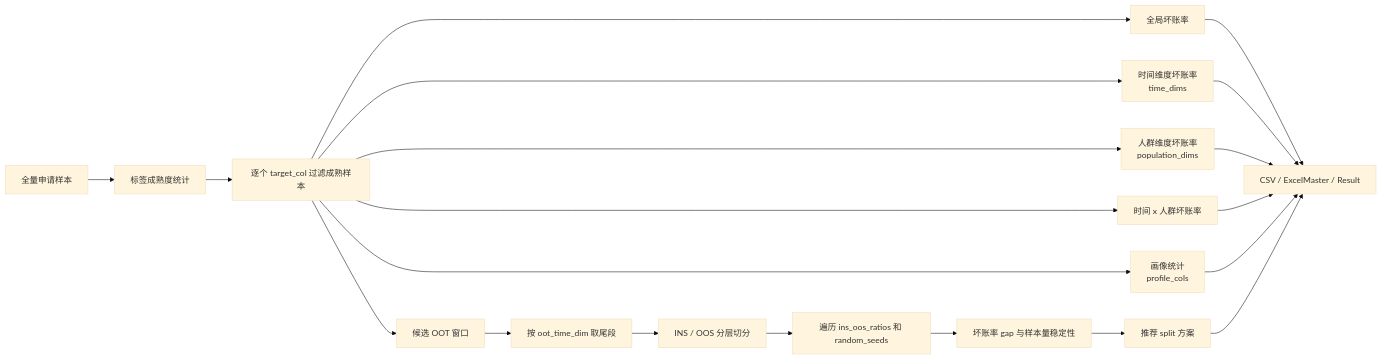
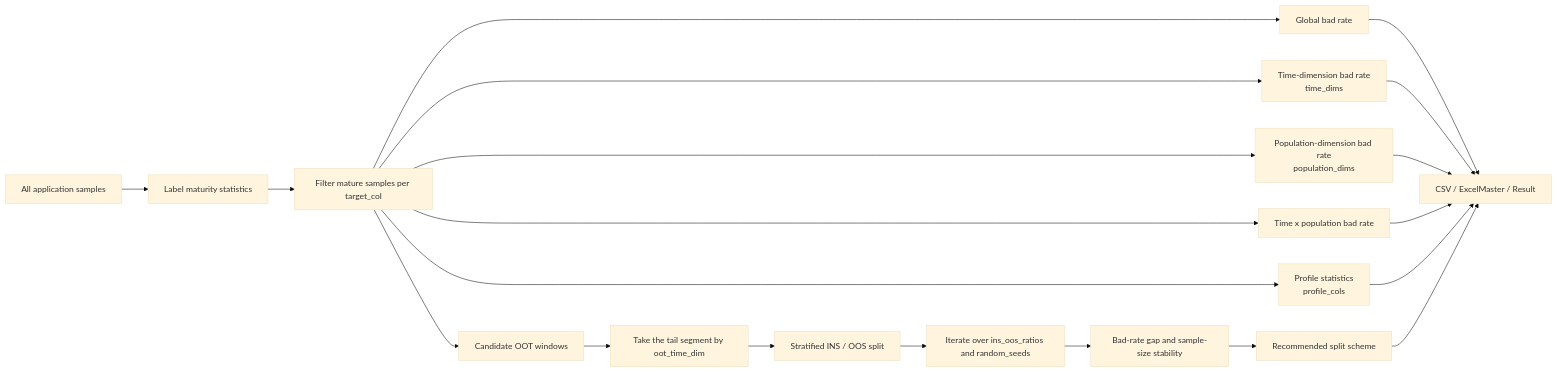
One commit to Kyle-J-Sun/SuperModelingFactory_doc changed the seventh of 7 diagrams in docs/pipeline_one_click.md. Above: the diagram before and after it, drawn with Mermaid (base theme). The commit also changed other lines of this file and 52 other files, not shown here.

````diff
--- a/docs/pipeline_one_click.md
+++ b/docs/pipeline_one_click.md
@@ -1745,22 +1745,22 @@
 ```mermaid
 flowchart LR
-    A["全量申请样本"] --> B["标签成熟度统计"]
-    B --> C["逐个 target_col 过滤成熟样本"]
-    C --> D["全局坏账率"]
-    C --> E["时间维度坏账率<br/>time_dims"]
-    C --> F["人群维度坏账率<br/>population_dims"]
-    C --> G["时间 x 人群坏账率"]
-    C --> H["画像统计<br/>profile_cols"]
-    C --> I["候选 OOT 窗口"]
-    I --> J["按 oot_time_dim 取尾段"]
-    J --> K["INS / OOS 分层切分"]
-    K --> L["遍历 ins_oos_ratios 和 random_seeds"]
-    L --> M["坏账率 gap 与样本量稳定性"]
-    M --> N["推荐 split 方案"]
+    A["All application samples"] --> B["Label maturity statistics"]
+    B --> C["Filter mature samples per target_col"]
+    C --> D["Global bad rate"]
+    C --> E["Time-dimension bad rate<br/>time_dims"]
+    C --> F["Population-dimension bad rate<br/>population_dims"]
+    C --> G["Time x population bad rate"]
+    C --> H["Profile statistics<br/>profile_cols"]
+    C --> I["Candidate OOT windows"]
+    I --> J["Take the tail segment by oot_time_dim"]
+    J --> K["Stratified INS / OOS split"]
+    K --> L["Iterate over ins_oos_ratios and random_seeds"]
+    L --> M["Bad-rate gap and sample-size stability"]
+    M --> N["Recommended split scheme"]
     D --> O["CSV / ExcelMaster / Result"]
     E --> O
     F --> O
     G --> O
     H --> O
     N --> O
 ```
````
